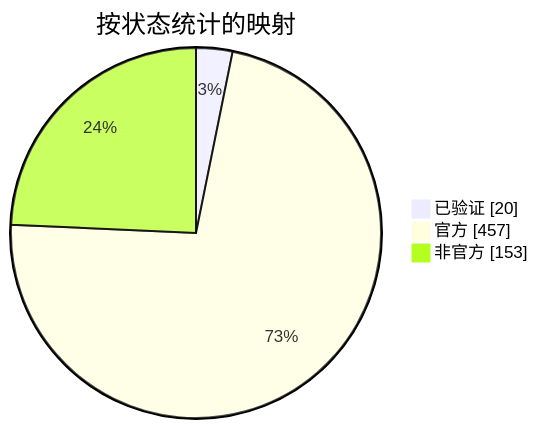
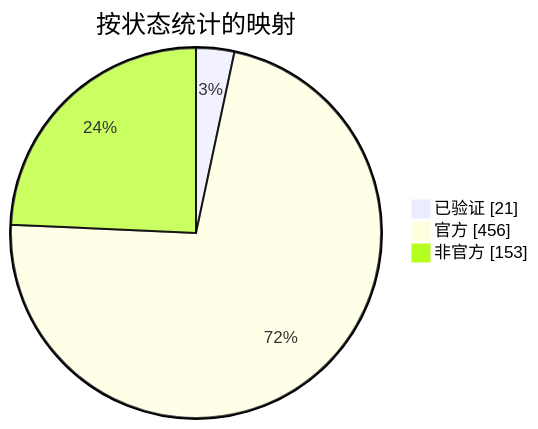
One commit to nobrega8/mbmap-library changed the diagram in docs/readme/README_ZHS.md. Above: the diagram before and after it, drawn with Mermaid. The commit also changed 6 other files, not shown here.

````diff
--- a/docs/readme/README_ZHS.md
+++ b/docs/readme/README_ZHS.md
@@ -54,7 +54,7 @@
 ```mermaid
 pie showData
     title 按状态统计的映射
-    "已验证" : 20
-    "官方" : 457
+    "已验证" : 21
+    "官方" : 456
     "非官方" : 153
 ```
````
